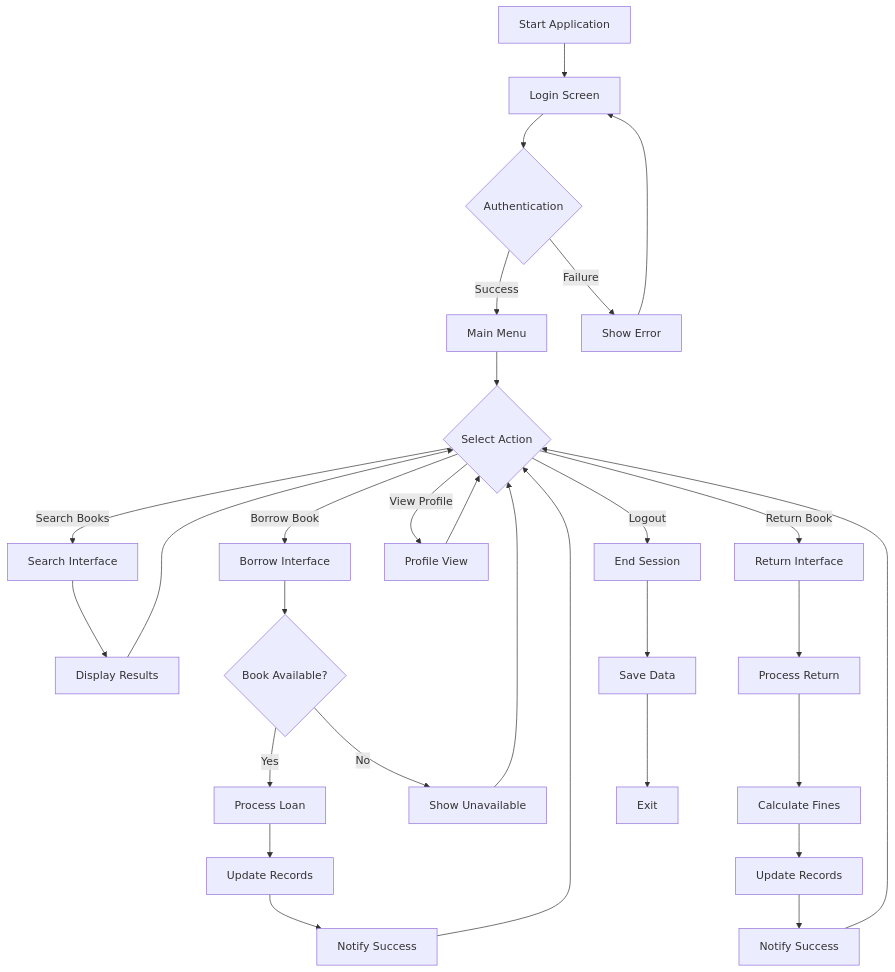
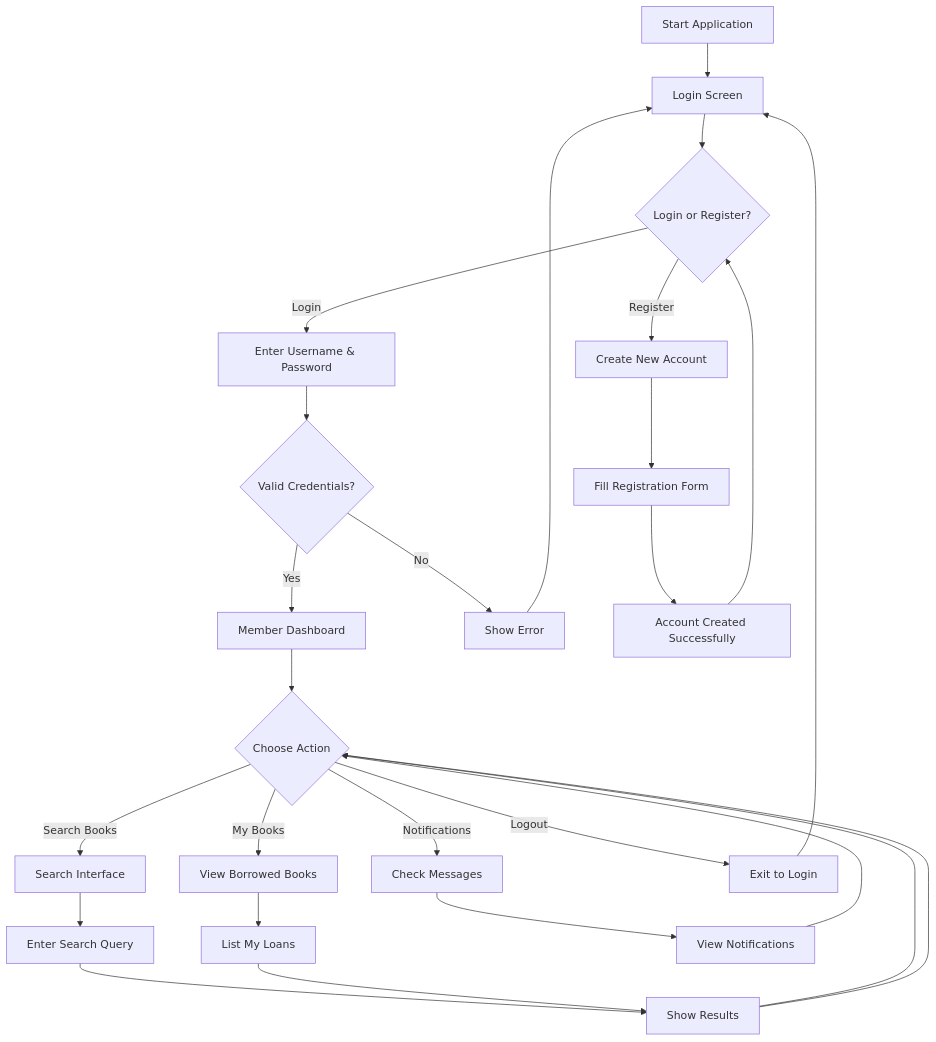
Diagram 24 of 29 in docs/report.md (DankDaPancake/LibraryManagementSystem), drawn with Mermaid before and after one commit. The commit also changed other lines of this file and 49 other files, not shown here.

````diff
--- a/docs/report.md
+++ b/docs/report.md
@@ -2078,31 +2046,35 @@
 ```mermaid
 flowchart TD
     A[Start Application] --> B[Login Screen]
-    B --> C{Authentication}
-    C -->|Success| D[Main Menu]
-    C -->|Failure| E[Show Error]
-    E --> B
-    D --> F{Select Action}
-    F -->|Search Books| G[Search Interface]
-    F -->|Borrow Book| H[Borrow Interface]
-    F -->|Return Book| I[Return Interface]
-    F -->|View Profile| J[Profile View]
-    F -->|Logout| K[End Session]
-    G --> L[Display Results]
-    L --> F
-    H --> M{Book Available?}
-    M -->|Yes| N[Process Loan]
-    M -->|No| O[Show Unavailable]
-    N --> P[Update Records]
-    P --> Q[Notify Success]
-    Q --> F
-    O --> F
-    I --> R[Process Return]
-    R --> S[Calculate Fines]
-    S --> T[Update Records]
-    T --> U[Notify Success]
-    U --> F
-    J --> F
-    K --> V[Save Data]
-    V --> W[Exit]
+    B --> C{Login or Register?}
+    C -->|Login| D[Enter Username & Password]
+    C -->|Register| E[Create New Account]
+    
+    D --> F{Valid Credentials?}
+    F -->|Yes| G[Member Dashboard]
+    F -->|No| H[Show Error]
+    H --> B
+    
+    E --> I[Fill Registration Form]
+    I --> J[Account Created Successfully]
+    J --> C
+    
+    G --> K{Choose Action}
+    K -->|Search Books| L[Search Interface]
+    K -->|My Books| M[View Borrowed Books]
+    K -->|Notifications| N[Check Messages]
+    K -->|Logout| O[Exit to Login]
+    
+    L --> P[Enter Search Query]
+    P --> Q[Show Results]
+    Q --> K
+    
+    M --> U[List My Loans]
+    U --> Q
+    Q --> K
+    
+    N --> Y[View Notifications]
+    Y --> K
+    
+    O --> B
 ```
````
